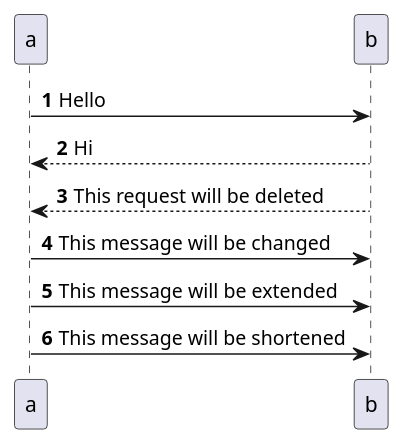
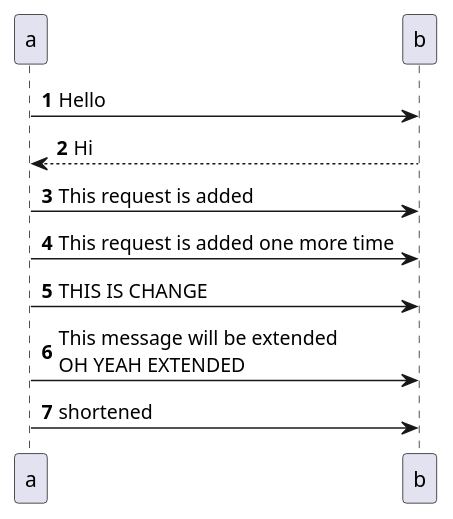
One commit to NEKharichkin/analyst-boost changed the diagram in PlantUML/Differ.puml. Above: the diagram before and after it, drawn with PlantUML.

Commit message:
modified:   PlantUML/Differ.puml

```diff
--- a/PlantUML/Differ.puml
+++ b/PlantUML/Differ.puml
@@ -1,11 +1,12 @@
-@startuml original
+@startuml modified
 autonumber
 
 a -> b: Hello
 b --> a: Hi
-b --> a: This request will be deleted
-a -> b: This message will be changed
-a -> b: This message will be extended
-a -> b: This message will be shortened
+a -> b: This request is added
+a -> b: This request is added one more time
+a -> b: THIS IS CHANGE
+a -> b: This message will be extended\nOH YEAH EXTENDED
+a -> b: shortened
 
 @enduml
```
